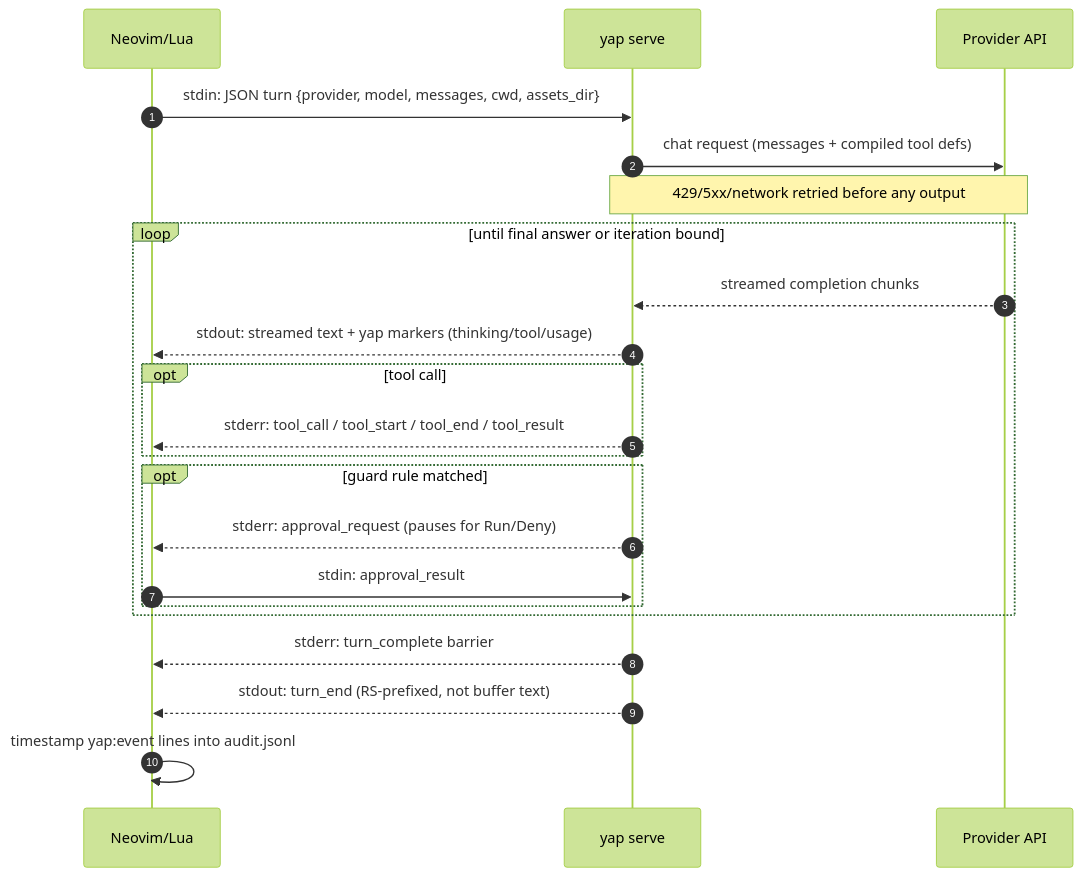
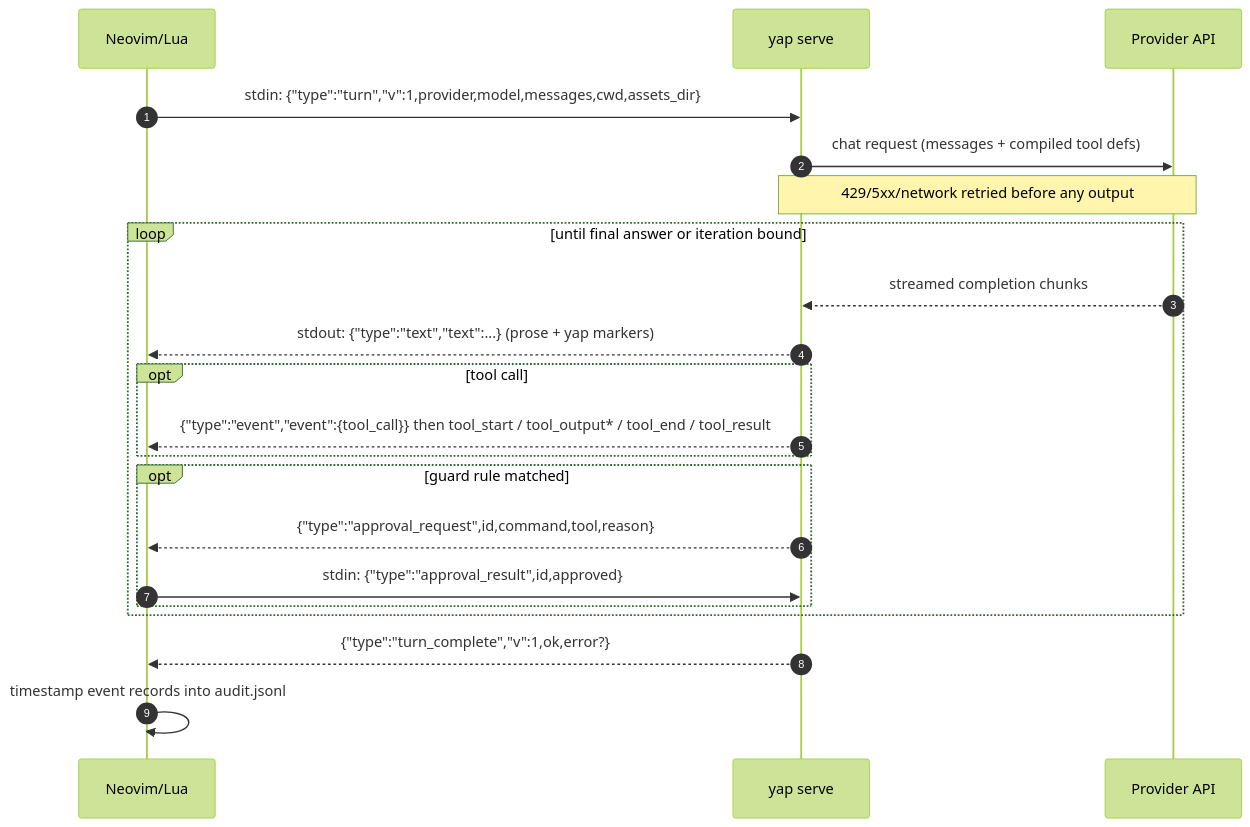
The third of 3 diagrams in CONTRIBUTING.md (noisesfromspace/yap), drawn with Mermaid (forest theme) before and after one commit. The commit also changed other lines of this file and 28 other files, not shown here.

````diff
--- a/CONTRIBUTING.md
+++ b/CONTRIBUTING.md
@@ -522,25 +550,24 @@
 ```mermaid
 sequenceDiagram
     autonumber
     participant Nvim as Neovim/Lua
     participant Go as yap serve
     participant API as Provider API
 
-    Nvim->>Go: stdin: JSON turn {provider, model, messages, cwd, assets_dir}
+    Nvim->>Go: stdin: {"type":"turn","v":1,provider,model,messages,cwd,assets_dir}
     Go->>API: chat request (messages + compiled tool defs)
     Note over Go,API: 429/5xx/network retried before any output
     loop until final answer or iteration bound
         API-->>Go: streamed completion chunks
-        Go-->>Nvim: stdout: streamed text + yap markers (thinking/tool/usage)
+        Go-->>Nvim: stdout: {"type":"text","text":...} (prose + yap markers)
         opt tool call
-            Go-->>Nvim: stderr: tool_call / tool_start / tool_end / tool_result
+            Go-->>Nvim: {"type":"event","event":{tool_call}} then tool_start / tool_output* / tool_end / tool_result
         end
         opt guard rule matched
-            Go-->>Nvim: stderr: approval_request (pauses for Run/Deny)
-            Nvim->>Go: stdin: approval_result
+            Go-->>Nvim: {"type":"approval_request",id,command,tool,reason}
+            Nvim->>Go: stdin: {"type":"approval_result",id,approved}
         end
     end
-    Go-->>Nvim: stderr: turn_complete barrier
-    Go-->>Nvim: stdout: turn_end (RS-prefixed, not buffer text)
-    Nvim->>Nvim: timestamp yap:event lines into audit.jsonl
+    Go-->>Nvim: {"type":"turn_complete","v":1,ok,error?}
+    Nvim->>Nvim: timestamp event records into audit.jsonl
 ```
````
